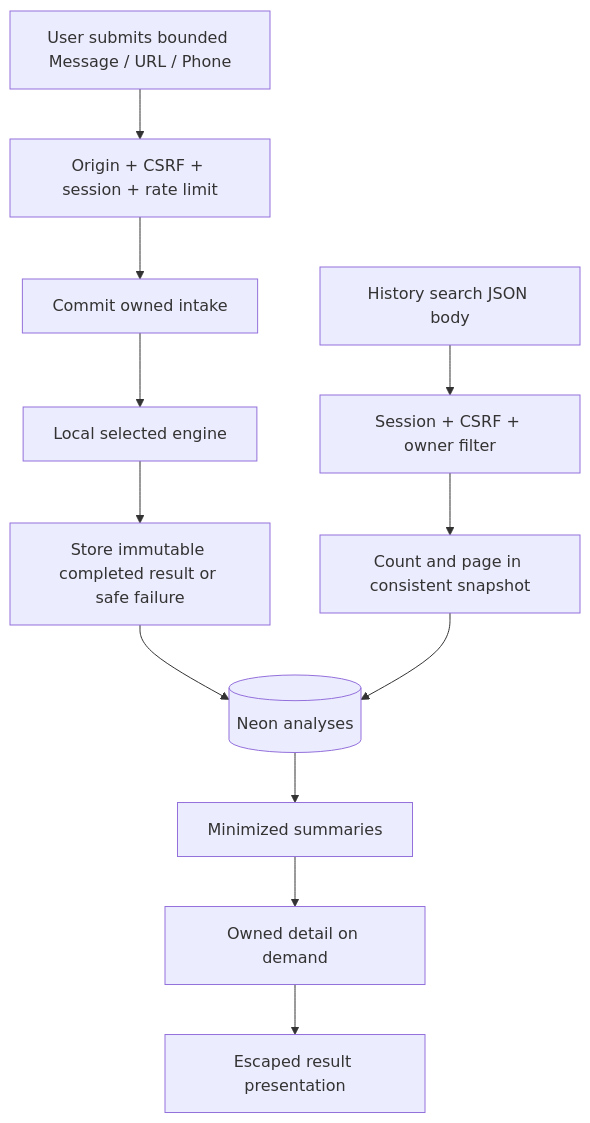
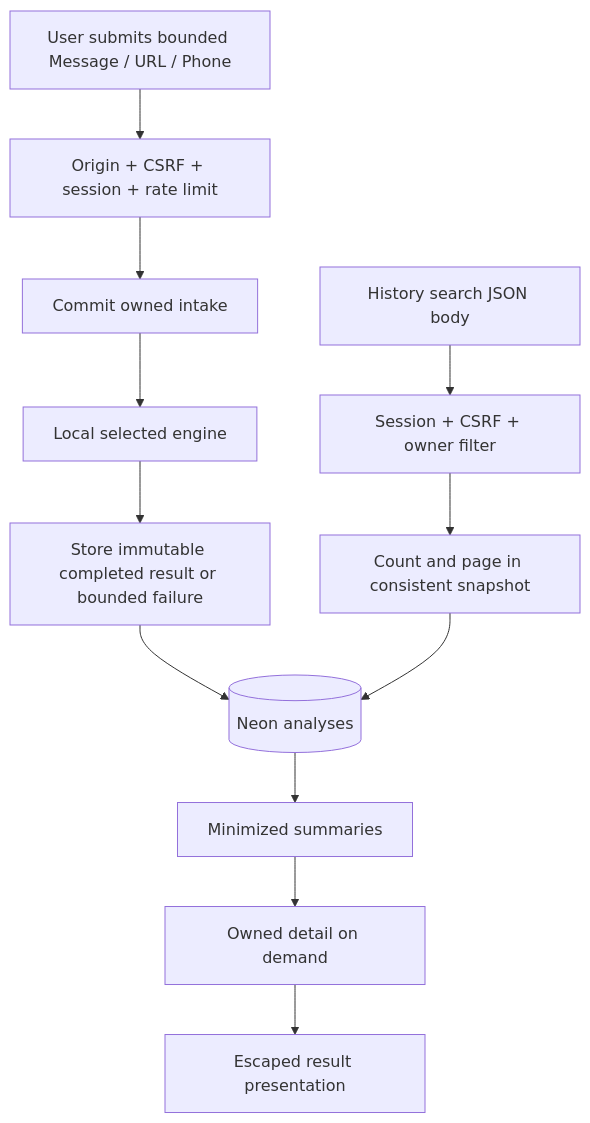
One commit to tayyab-hub/scamguard-my changed the second of 4 diagrams in docs/DATA_FLOW.md. Above: the diagram before and after it, drawn with Mermaid. The commit also changed other lines of this file and 143 other files, not shown here.

````diff
--- a/docs/DATA_FLOW.md
+++ b/docs/DATA_FLOW.md
@@ -27,14 +27,14 @@
 ```mermaid
 flowchart TD
   I[User submits bounded Message / URL / Phone] --> G[Origin + CSRF + session + rate limit]
   G --> P[Commit owned intake]
   P --> E[Local selected engine]
-  E --> R[Store immutable completed result or safe failure]
+  E --> R[Store immutable completed result or bounded failure]
   R --> D[(Neon analyses)]
   H[History search JSON body] --> O[Session + CSRF + owner filter]
   O --> Q[Count and page in consistent snapshot]
   Q --> D
   D --> S[Minimized summaries]
   S --> F[Owned detail on demand]
   F --> X[Escaped result presentation]
 ```
````
